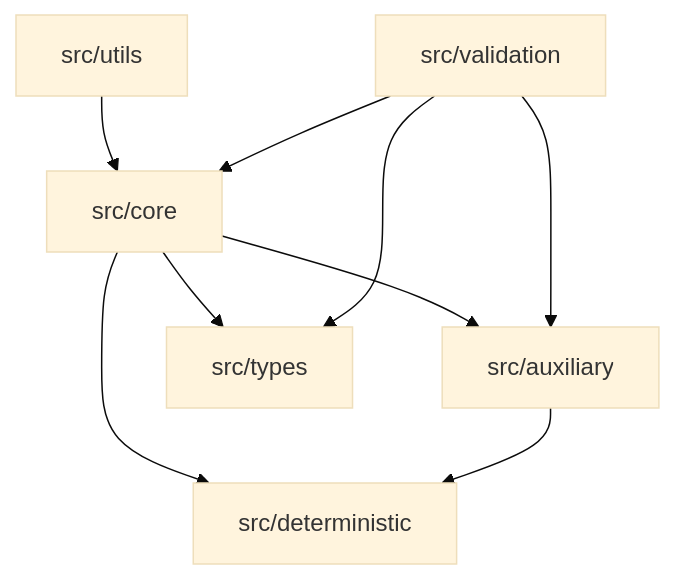
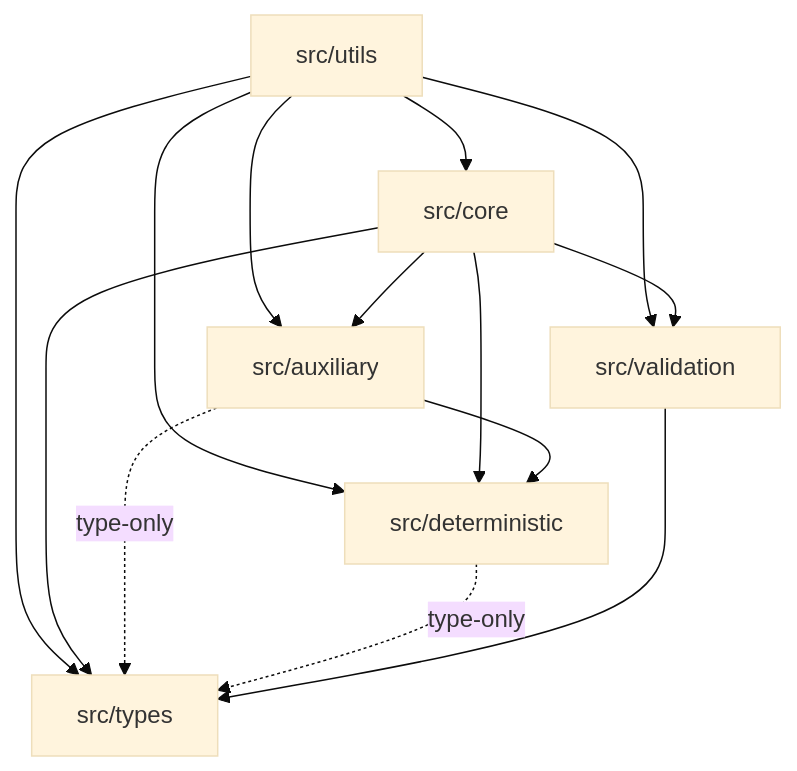
The diagram in docs/docs/api/_media/ARCHITECTURE.md (rndelpuerto/lenguados), drawn with Mermaid (base theme) before and after one commit. The commit also changed other lines of this file and 381 other files, not shown here.

````diff
--- a/docs/docs/api/_media/ARCHITECTURE.md
+++ b/docs/docs/api/_media/ARCHITECTURE.md
@@ -9,11 +9,16 @@
 ```mermaid
 graph TD
     Utils[src/utils] --> Core[src/core]
-    Core --> Ax[src/auxiliary]
-    Core --> Det[src/deterministic]
-    Core --> Types[src/types]
+    Utils --> Ax[src/auxiliary]
+    Utils --> Det[src/deterministic]
+    Utils --> Types[src/types]
+    Utils --> Validation[src/validation]
+    Core --> Ax
+    Core --> Det
+    Core --> Types
+    Core --> Validation
     Ax --> Det
-    Validation[src/validation] --> Core
-    Validation --> Ax
+    Ax -.->|type-only| Types
+    Det -.->|type-only| Types
     Validation --> Types
 ```
````
